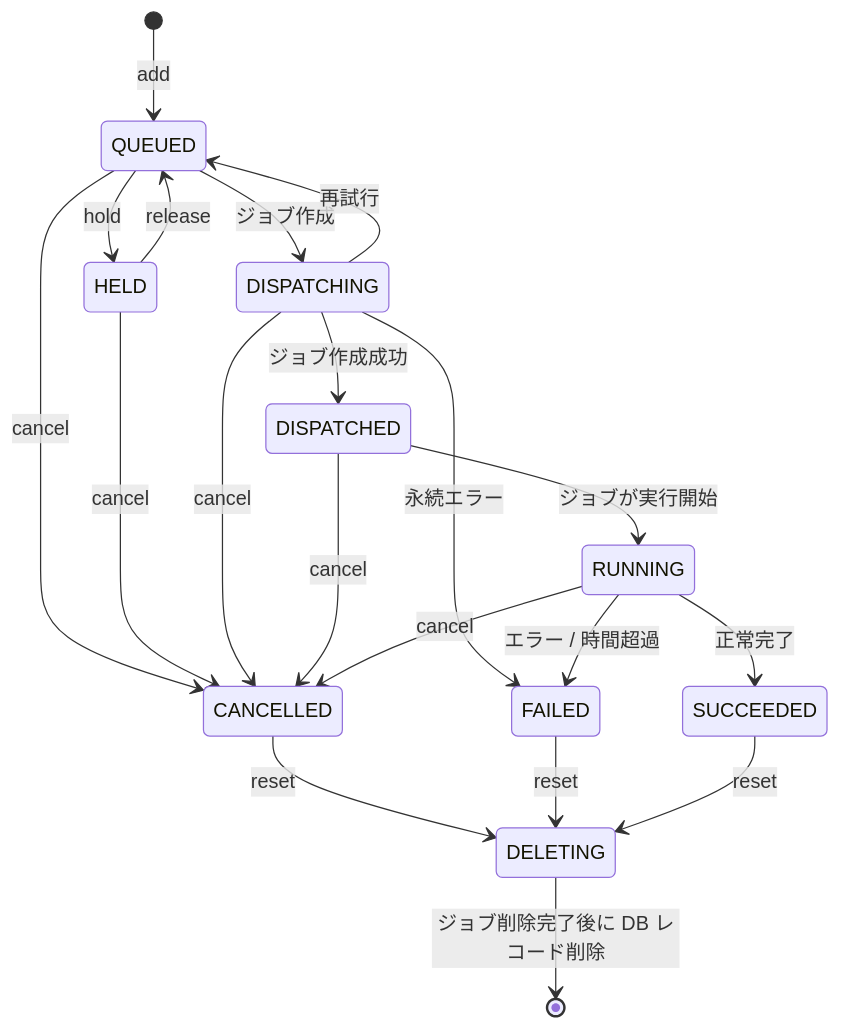
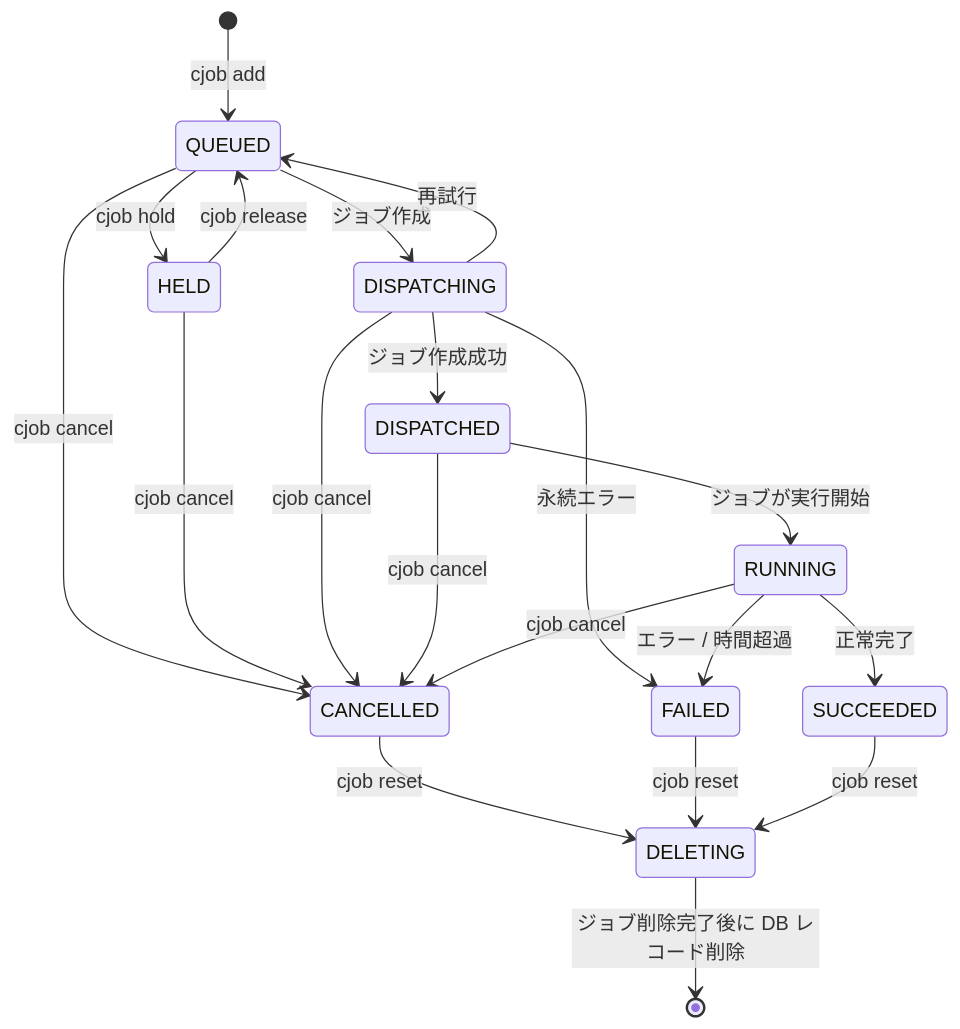
One commit to Shu-Tanaka-Group/research-cluster-job-system changed the diagram in README.md. Above: the diagram before and after it, drawn with Mermaid.

Commit message:
Restore cjob prefix on Mermaid diagram labels (#86)

````diff
--- a/README.md
+++ b/README.md
@@ -274,29 +274,29 @@
 ```mermaid
 stateDiagram-v2
-    [*] --> QUEUED : add
+    [*] --> QUEUED : cjob add
 
-    QUEUED --> CANCELLED : cancel
-    QUEUED --> HELD : hold
+    QUEUED --> CANCELLED : cjob cancel
+    QUEUED --> HELD : cjob hold
     QUEUED --> DISPATCHING : ジョブ作成
 
-    HELD --> CANCELLED : cancel
-    HELD --> QUEUED : release
+    HELD --> CANCELLED : cjob cancel
+    HELD --> QUEUED : cjob release
 
-    DISPATCHING --> CANCELLED : cancel
+    DISPATCHING --> CANCELLED : cjob cancel
     DISPATCHING --> DISPATCHED : ジョブ作成成功
     DISPATCHING --> QUEUED : 再試行
     DISPATCHING --> FAILED : 永続エラー
 
-    DISPATCHED --> CANCELLED : cancel
+    DISPATCHED --> CANCELLED : cjob cancel
     DISPATCHED --> RUNNING : ジョブが実行開始
 
-    RUNNING --> CANCELLED : cancel
+    RUNNING --> CANCELLED : cjob cancel
     RUNNING --> FAILED : エラー / 時間超過
     RUNNING --> SUCCEEDED : 正常完了
 
-    CANCELLED --> DELETING : reset
-    FAILED --> DELETING : reset
-    SUCCEEDED --> DELETING : reset
+    CANCELLED --> DELETING : cjob reset
+    FAILED --> DELETING : cjob reset
+    SUCCEEDED --> DELETING : cjob reset
 
     DELETING --> [*] : ジョブ削除完了後に DB レコード削除
 ```
````
